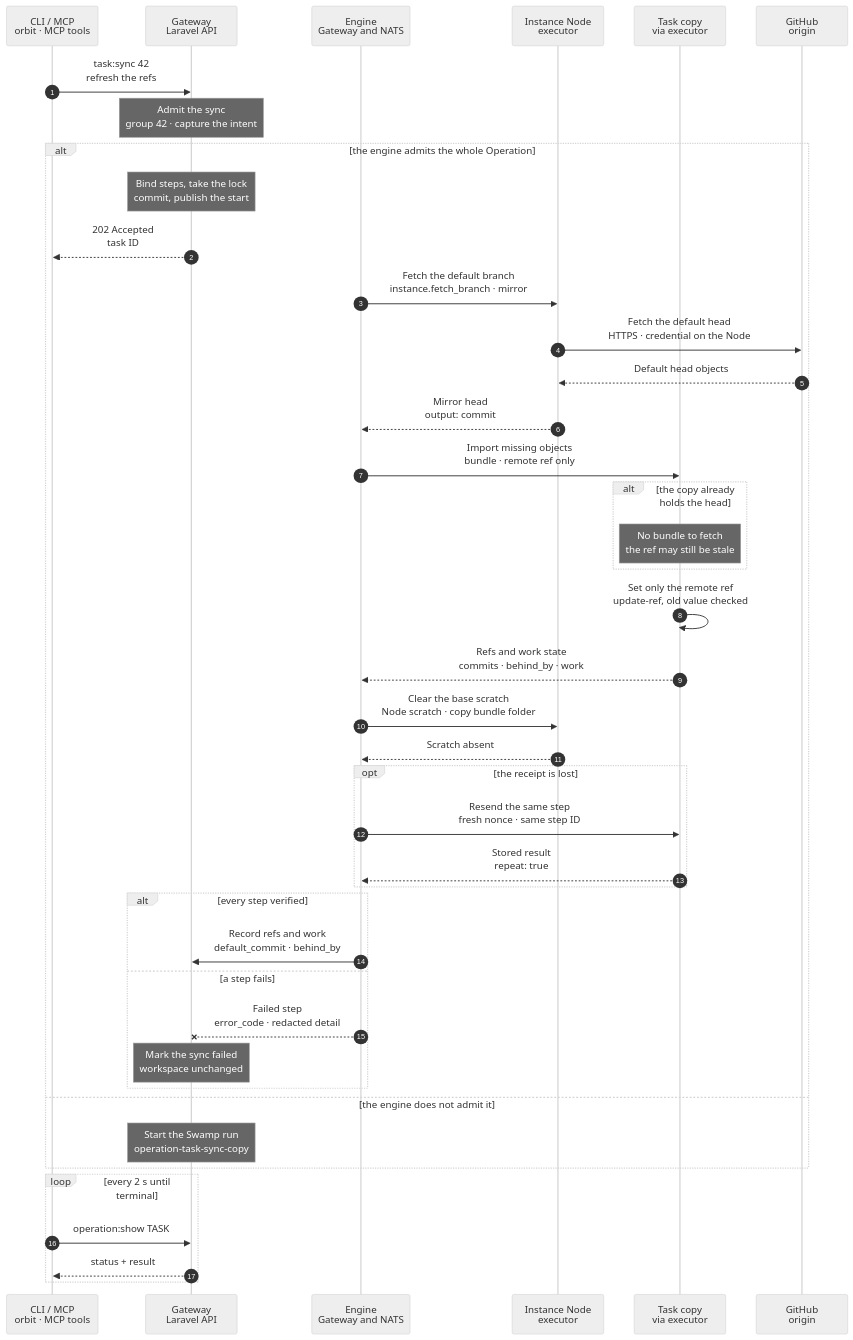
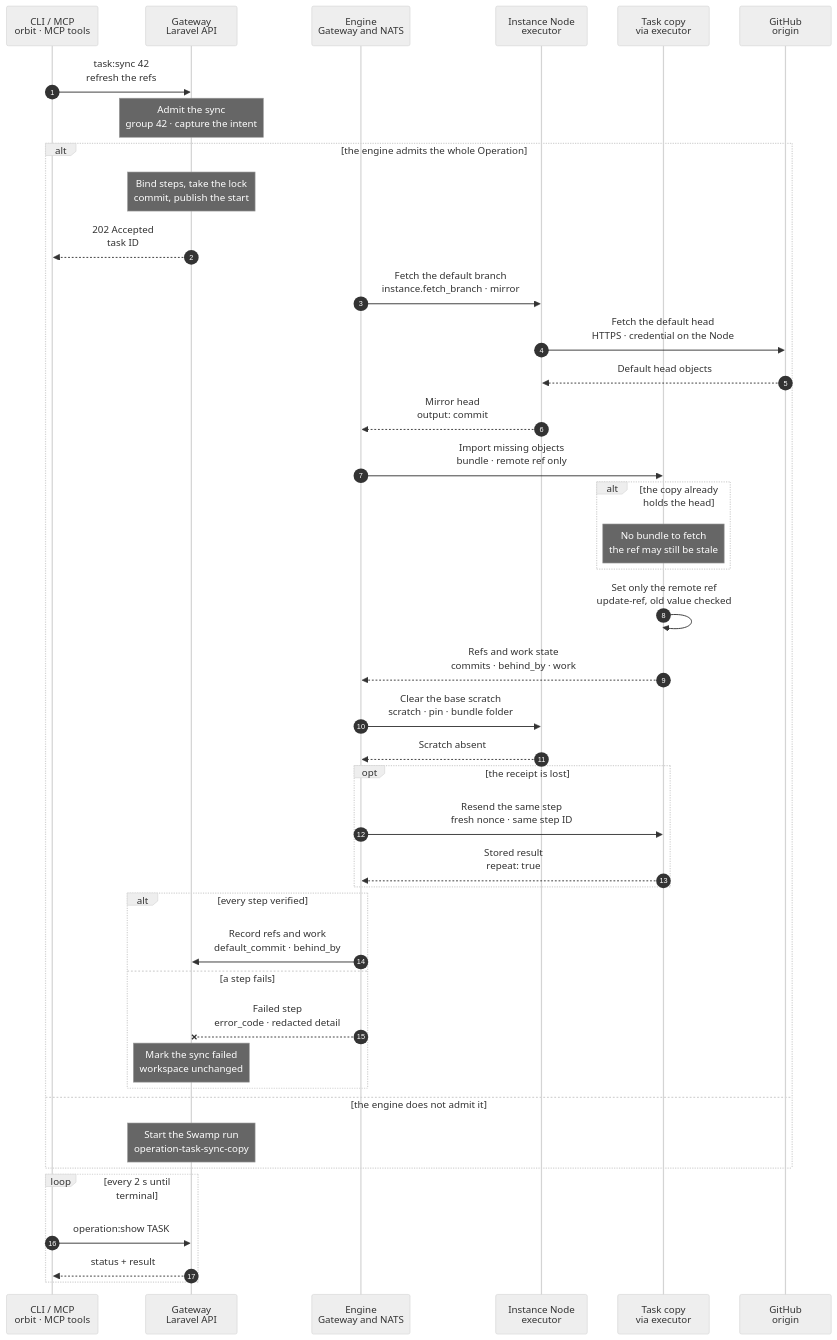
Before and after one commit to hardimpactdev/orbit: the diagram in docs/cli/task/engine/sync.mmd, drawn with Mermaid (neutral theme). The commit also changed 5 other files, not shown here.

Commit message:
Describe the delivered task-copy sync steps, pin, credential and fence in its chart and pages

```diff
--- a/docs/cli/task/engine/sync.mmd
+++ b/docs/cli/task/engine/sync.mmd
@@ -1,85 +1,90 @@
 sequenceDiagram
-  %% tasks.sync of a task copy on the Gateway engine: the steps of task/sync.mmd (workflow operation-task-sync-copy, child task-copy-base) as executor primitives on the copy's Node. Design for ADR 0267 and ADR 0271; no engine flow exists yet. Step names describe effects; the implementation settles action names unless an existing action is named.
+  %% tasks.sync of a task copy on the Gateway engine: the steps of task/sync.mmd (workflow operation-task-sync-copy, child task-copy-base) as executor primitives on the copy's Node. ADR 0267 and ADR 0271, implemented by TaskSyncEngineFlow: steps `fetch` (`instance.fetch_branch`), `sync` (`instance.sync_base`), `clear` and the failure step `clear_after_failure` (`instance.clear_base`). Runtime proof on a nested fleet is outstanding.
   %% Same contract as the Swamp run (docs/reference/tasks.md#bring-main-into-a-copy): fetch the default branch into the copy's Node mirror, import only the missing objects, move only refs/remotes/origin/<default>. Nothing is merged or rebased; the credential never enters the copy.
   %% status: draft
   %% command: task:sync
   %% kind: tasks.sync
   autonumber
   %% lane CLI icon=terminal pill=caller tone=gray
   %% lane GW icon=gateway pill=intent tone=blue
   %% lane EN icon=workflow pill=engine tone=purple
   %% lane N icon=server pill=executor tone=amber
   %% lane C icon=server pill=copy tone=green
   %% lane GH icon=server pill=origin tone=gray
   participant CLI as CLI / MCP<br/>orbit · MCP tools
   participant GW as Gateway<br/>Laravel API
   participant EN as Engine<br/>Gateway and NATS
   participant N as Instance Node<br/>executor
   participant C as Task copy<br/>via executor
   participant GH as GitHub<br/>origin
   CLI->>GW: task:sync 42<br/>refresh the refs
   Note over GW: Admit the sync<br/>group 42 · capture the intent
   %%> Same admission as task/sync.mmd: an open external group with its own running task copy (`tasks.instance_not_running`), no unended copy turn (`tasks.copy_turn_unended`), and the group lock: no check or publish runs beside it
   %%> The intent pins the repository, the default branch, `task-42`, the copy's Instance, its Node mirror `/var/lib/orbit/instance-repositories/<instance>.git` and its start commit
   alt the engine admits the whole Operation
     %%> Admission, one decision per Operation (EngineKinds::routes):
     %%> - `tasks.sync` is in `ORBIT_ENGINE_KINDS`
-    %%> - every Node a step touches reports its action in `$KV.NODES`: `instance.fetch_branch` (exists), the import and the scratch cleanup on the copy's Node
+    %%> - the copy's Node reports `instance.fetch_branch`, `instance.sync_base` and `instance.clear_base` in `$KV.NODES`, and the feature `instance.fetch_seed`
+    %%> - the copy, its runtime, its branch, its mirrors and its published and approved commits match the flow's shape and the group's own copy on that Node; a Project that reads with the Gateway's GitHub CLI login runs on Swamp
     %%> - the flow accepts the plan shape; a part it does not cover throws `EngineUnsupported` before any order
     %%> - eligible plan: a task copy (`copy` in the intent); a group without one keeps `tasks.no_workspace`
     Note over GW: Bind steps, take the lock<br/>commit, publish the start
-    %%> - the step rows and the Operation lock commit in one transaction before the start event; an Operation never moves between engines after this
+    %%> - the step rows and the copy's Instance lock commit in one transaction before the start event; an Operation never moves between engines after this
+    %%> - the group stays fenced by its running Operation and the copy by the Instance lock: no removal or other writer of the copy starts until the sync ends
     GW-->>CLI: 202 Accepted<br/>task ID
     EN->>N: Fetch the default branch<br/>instance.fetch_branch · mirror
-    %%> Reuses `instance.fetch_branch` with the default branch: the Gateway mints the one-hour read token (`contents: read`) per Operation and sends it as a blob to this Node only
-    %%> The credential is written root-only beside the mirror for the Git calls and removed after them, whatever they did; it never reaches argv, the copy or a receipt
-    %%> Desired state: the mirror holds `refs/heads/<default>` at origin's head; a repeat fetches nothing new. A missing mirror is made bare on first use
+    %%> Reuses `instance.fetch_branch` with the default branch: the Gateway mints the one-hour read token (`contents: read`) once per Operation, keeps it encrypted in its cache until the Operation ends, and sends the same blob to this Node only on every resend
+    %%> The credential is written root-only beside the mirror in a file of this fetch's own for the Git calls and removed after them, whatever they did; a sibling fetch keeps its own file. It never reaches argv, the copy or a receipt
+    %%> Desired state: the mirror holds `refs/heads/<default>` at origin's head; a repeat fetches nothing new. A missing mirror is made bare from the default's mirror (`seed`), as the Swamp base phase makes it; with no default's mirror the fetch refuses
     N->>GH: Fetch the default head<br/>HTTPS · credential on the Node
     GH-->>N: Default head objects
     N-->>EN: Mirror head<br/>output: commit
     %%> `instance.fetch_branch` answers `commit: null` as success when origin lacks the branch (a create starts from the seed then); for a sync that is a failure: a null commit fails the Operation as `tasks.default_branch_missing`, and no old mirror head is ever imported
     EN->>C: Import missing objects<br/>bundle · remote ref only
     %%> Input: the non-null mirror head that the fetch receipt returned, pinned in the step input, so a resend imports the same commit even when origin moved
-    %%> On the Node: takes the copy's `origin/<default>` and `task-42` commits, keeps as prerequisites only those the mirror also holds (`cat-file -e`, as task-instance-workspace-phase.yml `Read which of the copy's commits the mirror holds`), and bundles `<head>` excluding them; an unpublished `task-42` commit the mirror lacks is never a prerequisite
-    %%> In the copy: root makes the bundle folder fresh and owns it; as `agent`, `git fetch` of the bundle into the object store
+    %%> On the Node: takes the copy's `origin/<default>` and `task-42` commits, keeps as prerequisites only those the mirror also holds (`cat-file -e`, as task-instance-workspace-phase.yml `Read which of the copy's commits the mirror holds`), pins `<head>` as `refs/orbit/task-base-<instance>` in the mirror, and bundles that ref excluding them; an unpublished `task-42` commit the mirror lacks is never a prerequisite
+    %%> In the copy: root makes the bundle folder fresh and owns it; as `agent`, `git fetch` of the bundle into the object store. The publish history reaches the step as a blob
     alt the copy already holds the head
       Note over C: No bundle to fetch<br/>the ref may still be stale
       %%> A copy can hold the pinned commit (an earlier interrupted sync, a merge into task-42) while `refs/remotes/origin/<default>` still names an older commit
     end
     C->>C: Set only the remote ref<br/>update-ref, old value checked
-    %%> As `agent`: `git update-ref refs/remotes/origin/<default> <head> <old>` with the value read before, with or without a bundle; no other ref, HEAD, the index, the working tree or stashes is written
-    %%> A retry finds the ref already at the head and changes nothing; a ref that moved since the read refuses rather than overwriting it
+    %%> As `agent`: `git update-ref --no-deref refs/remotes/origin/<default> <head> <old>` with the value read before, refused first when the ref is symbolic, with or without a bundle; no other ref, HEAD, the index, the working tree or stashes is written
+    %%> A retry finds the ref already at the head and changes nothing; a ref that moved since the read refuses as `tasks.base_ref_mismatch` rather than overwriting it; any other update failure keeps the ordinary code and its diagnostic
     C-->>EN: Refs and work state<br/>commits · behind_by · work
     %%> Read-back in the same primitive: `refs/remotes/origin/<default>` equals the pinned head, else `tasks.base_ref_mismatch`; HEAD and every local branch equal their values before the step; the branch commit, `git rev-list --count task-42..origin/<default>`, the copy's start and the `work` read (docs/reference/tasks.md#published-work-of-a-copy)
-    EN->>N: Clear the base scratch<br/>Node scratch · copy bundle folder
-    %%> Runs after the import, also after its failure (an on-failure step); removes `/var/tmp/orbit-task-base-<instance>` and the copy's bundle folder. A later sync or the copy's destroy removes what an interruption left
+    EN->>N: Clear the base scratch<br/>scratch · pin · bundle folder
+    %%> Two steps of one action: `clear` after the import, and `clear_after_failure` after a failed or cancelled fetch or import, as the engine runs no ordinary step after a failure. Each removes `/var/tmp/orbit-task-base-<instance>`, the mirror pin and the copy's bundle folder, and answers only when all three are gone; the import also clears right after its bundle. A later sync or the copy's destroy removes what an interruption left
     N-->>EN: Scratch absent
     opt the receipt is lost
       EN->>C: Resend the same step<br/>fresh nonce · same step ID
       %%> When:
       %%> - the step passes its resend deadline with no receipt; two sends, one execution
       %%> - the Operation keeps its lock, so group 42 and its copy stays fenced; no other Operation and no Swamp run acts on it meanwhile
       %%> On the Node:
       %%> - the journal holds `done` for this Operation step, action and target: the executor answers the stored result with `repeat: true` and does not act again
-      %%> - an order still `open` replays under the target lock first; an order that expired before the lock did nothing (`executor.order_expired`), and the step is sent again
+      %%> - an order still `open` replays under the target lock first; an order that expired before the lock did nothing (`executor.order_expired`), is not journaled as a result, and the step is sent again
+      %%> - a result goes back only once its `done` record is durable; content the executor could not read never settles a step
+      %%> - the Gateway takes only each step's own evidence: the mirror head, the base evidence or the cleanup; anything else fails the step as `engine.receipt_invalid`
       C-->>EN: Stored result<br/>repeat: true
     end
     alt every step verified
       EN->>GW: Record refs and work<br/>default_commit · behind_by
       %%> - the kind's own projection records the result, the same rows a Swamp run records
     else a step fails
       EN--xGW: Failed step<br/>error_code · redacted detail
       %%> - a deterministic refusal is a terminal receipt too; the journal keeps it and a resend repeats it
       Note over GW: Mark the sync failed<br/>workspace unchanged
+      %%> - a cancel sends no new step: it waits for the published order's receipt, clears the scratch and ends cancelled with no field and no error
       %%> - retry: the same command; a new Operation mints a new token, and an earlier fetch makes the next bundle smaller
       %%> - a failed fetch or import leaves the copy's branches and work as they were; only the remote ref may already be newer
     end
   else the engine does not admit it
     Note over GW: Start the Swamp run<br/>operation-task-sync-copy
     %%> - the kind is not enabled, a Node lacks the action, `$KV.NODES` is unreadable, or the flow throws `EngineUnsupported`: the whole Operation runs operation-task-sync-copy (task/sync.mmd)
     %%> - no step of it runs on the engine; an Operation never splits across engines
   end
   loop every 2 s until terminal
     CLI->>GW: operation:show TASK
     GW-->>CLI: status + result
   end
```
